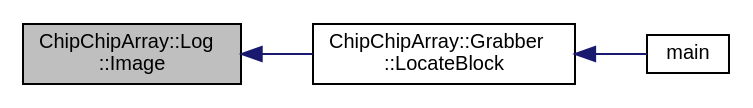
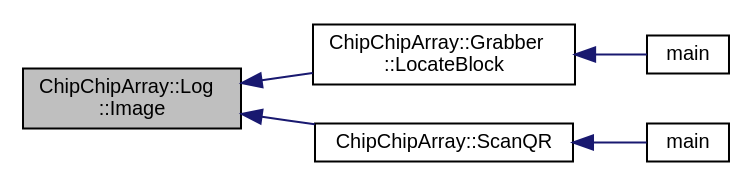
Before and after one commit to sawbg/chip-chip-array: the diagram in doc/rtf/classChipChipArray_1_1Log_a65bbab057c8b1453f9e4efcfee7522c4_icgraph.dot, drawn with Graphviz. The commit also changed 236 other files, not shown here.

```diff
--- a/doc/rtf/classChipChipArray_1_1Log_a65bbab057c8b1453f9e4efcfee7522c4_icgraph.dot
+++ b/doc/rtf/classChipChipArray_1_1Log_a65bbab057c8b1453f9e4efcfee7522c4_icgraph.dot
@@ -1,11 +1,15 @@
 digraph "ChipChipArray::Log::Image"
 {
   edge [fontname="Helvetica",fontsize="10",labelfontname="Helvetica",labelfontsize="10"];
   node [fontname="Helvetica",fontsize="10",shape=record];
   rankdir="LR";
   Node1 [label="ChipChipArray::Log\l::Image",height=0.2,width=0.4,color="black", fillcolor="grey75", style="filled", fontcolor="black"];
   Node1 -> Node2 [dir="back",color="midnightblue",fontsize="10",style="solid",fontname="Helvetica"];
   Node2 [label="ChipChipArray::Grabber\l::LocateBlock",height=0.2,width=0.4,color="black", fillcolor="white", style="filled",URL="$classChipChipArray_1_1Grabber.html#a86bc18ecf71c7ff4e324df0467af124a"];
   Node2 -> Node3 [dir="back",color="midnightblue",fontsize="10",style="solid",fontname="Helvetica"];
   Node3 [label="main",height=0.2,width=0.4,color="black", fillcolor="white", style="filled",URL="$cv__test_8cpp.html#ae66f6b31b5ad750f1fe042a706a4e3d4"];
+  Node1 -> Node4 [dir="back",color="midnightblue",fontsize="10",style="solid",fontname="Helvetica"];
+  Node4 [label="ChipChipArray::ScanQR",height=0.2,width=0.4,color="black", fillcolor="white", style="filled",URL="$namespaceChipChipArray.html#a6c7465049b5d408e1a238b6d8ffa887d"];
+  Node4 -> Node5 [dir="back",color="midnightblue",fontsize="10",style="solid",fontname="Helvetica"];
+  Node5 [label="main",height=0.2,width=0.4,color="black", fillcolor="white", style="filled",URL="$qr__test_8cpp.html#ae66f6b31b5ad750f1fe042a706a4e3d4"];
 }
```
